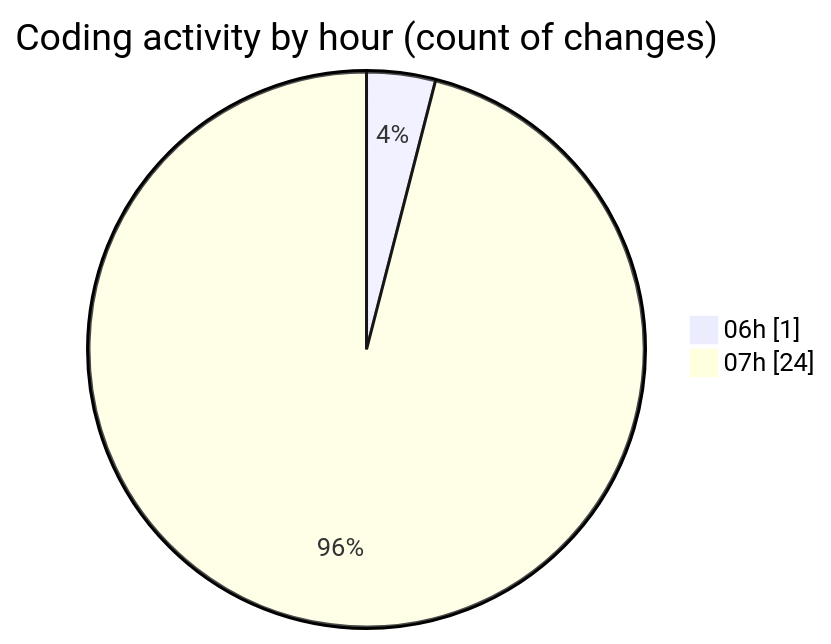
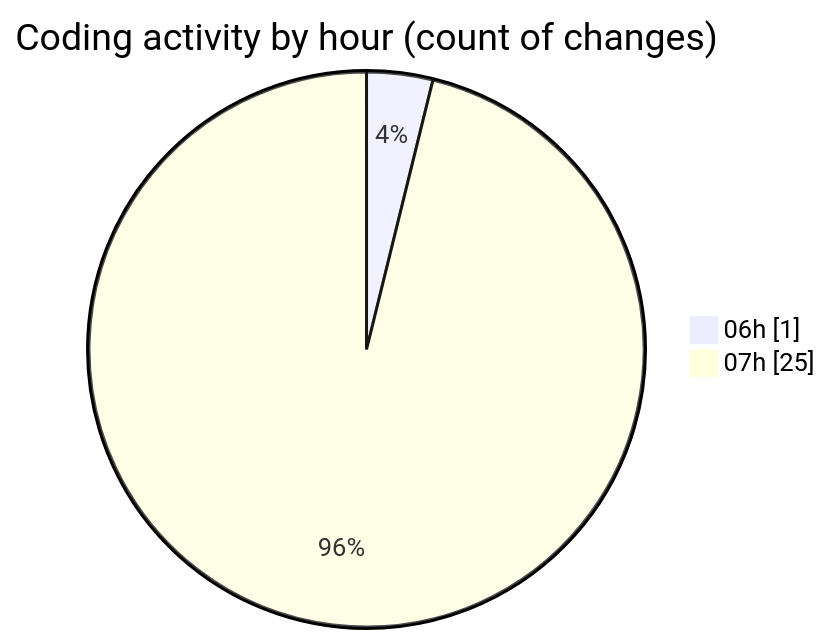
One commit to vahidmafi/code-tracking changed the second of 2 diagrams in 2025-04-10/zeytoon/README.md. Above: the diagram before and after it, drawn with Mermaid. The commit also changed other lines of this file and 1 other file, not shown here.

````diff
--- a/2025-04-10/zeytoon/README.md
+++ b/2025-04-10/zeytoon/README.md
@@ -37,6 +38,6 @@
 ```mermaid
 pie showData
 title Coding activity by hour (count of changes)
 "06h" : 1
-"07h" : 24
+"07h" : 25
 ```
````
